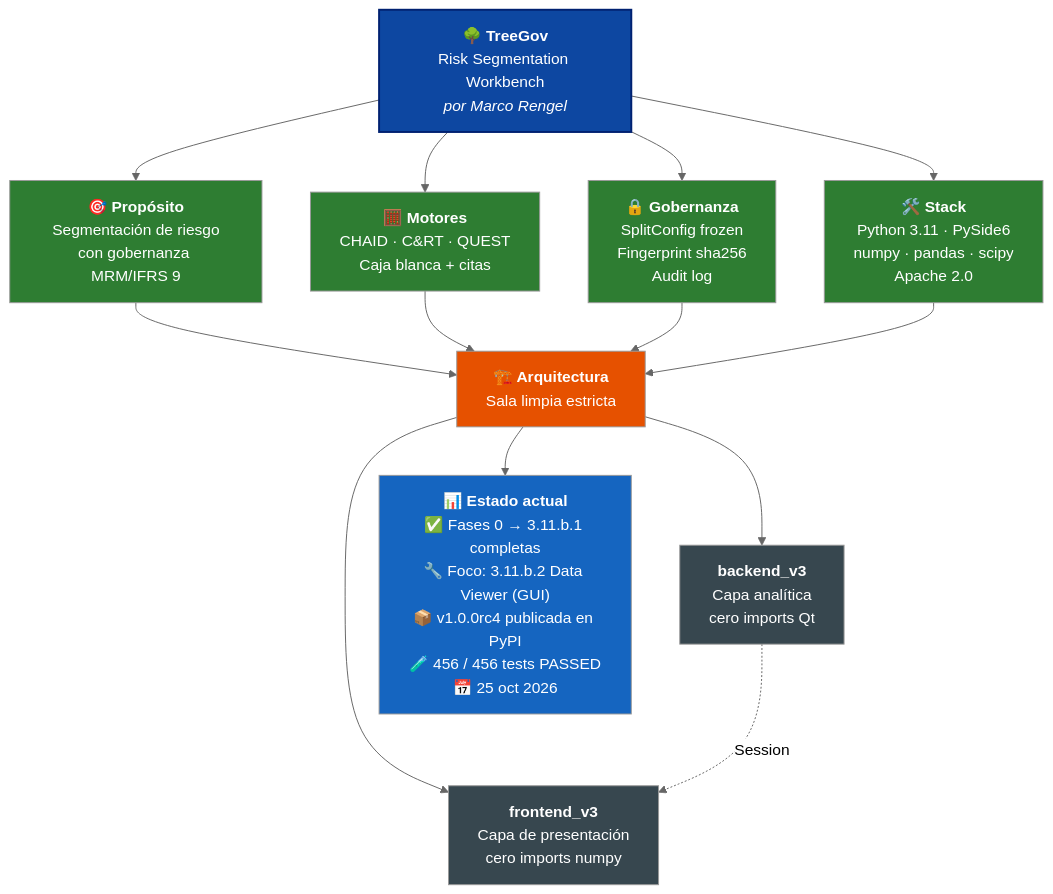
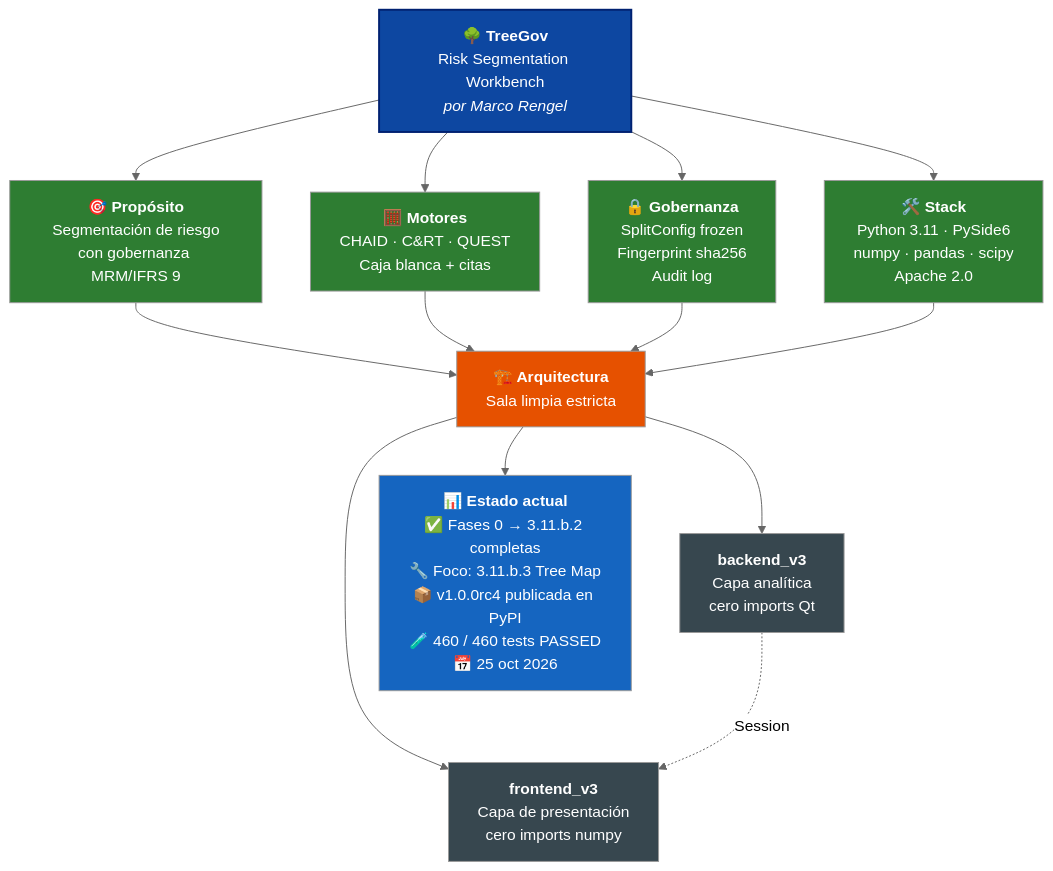
The diagram in README.es.md (Marco-Rengel/treegov), drawn with Mermaid (neutral theme) before and after one commit. The commit also changed other lines of this file and 6 other files, not shown here.

Commit message:
docs(3.11.b.2): sync documents for DataViewer frontend (460/460)

````diff
--- a/README.es.md
+++ b/README.es.md
@@ -38,31 +38,31 @@
 ```mermaid
 flowchart TB
     TG["<b>🌳 TreeGov</b><br/>Risk Segmentation Workbench<br/><i>por Marco Rengel</i>"]
 
     TG --> P["<b>🎯 Propósito</b><br/>Segmentación de riesgo<br/>con gobernanza MRM/IFRS 9"]
     TG --> M["<b>🧮 Motores</b><br/>CHAID · C&RT · QUEST<br/>Caja blanca + citas"]
     TG --> G["<b>🔒 Gobernanza</b><br/>SplitConfig frozen<br/>Fingerprint sha256<br/>Audit log"]
     TG --> S["<b>🛠️ Stack</b><br/>Python 3.11 · PySide6<br/>numpy · pandas · scipy<br/>Apache 2.0"]
 
     P --> ARQ["<b>🏗️ Arquitectura</b><br/>Sala limpia estricta"]
     M --> ARQ
     G --> ARQ
     S --> ARQ
 
     ARQ --> BE["<b>backend_v3</b><br/>Capa analítica<br/>cero imports Qt"]
     ARQ --> FE["<b>frontend_v3</b><br/>Capa de presentación<br/>cero imports numpy"]
 
     BE -.->|Session| FE
 
-    ARQ --> ST["<b>📊 Estado actual</b><br/>✅ Fases 0 → 3.11.b.1 completas<br/>🔧 Foco: 3.11.b.2 Data Viewer (GUI)<br/>📦 v1.0.0rc4 publicada en PyPI<br/>🧪 456 / 456 tests PASSED<br/>📅 25 oct 2026"]
+    ARQ --> ST["<b>📊 Estado actual</b><br/>✅ Fases 0 → 3.11.b.2 completas<br/>🔧 Foco: 3.11.b.3 Tree Map<br/>📦 v1.0.0rc4 publicada en PyPI<br/>🧪 460 / 460 tests PASSED<br/>📅 25 oct 2026"]
 
     style TG fill:#0D47A1,color:#fff,stroke:#002171,stroke-width:2px
     style P fill:#2E7D32,color:#fff
     style M fill:#2E7D32,color:#fff
     style G fill:#2E7D32,color:#fff
     style S fill:#2E7D32,color:#fff
     style ARQ fill:#E65100,color:#fff
     style BE fill:#37474F,color:#fff
     style FE fill:#37474F,color:#fff
     style ST fill:#1565C0,color:#fff
 ```
````
